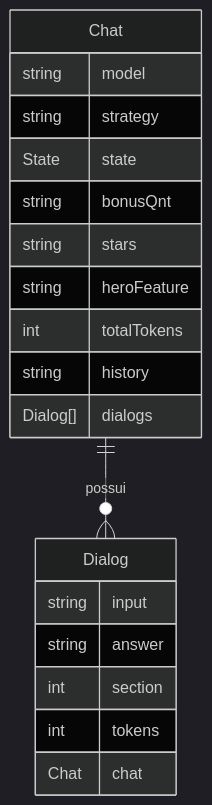
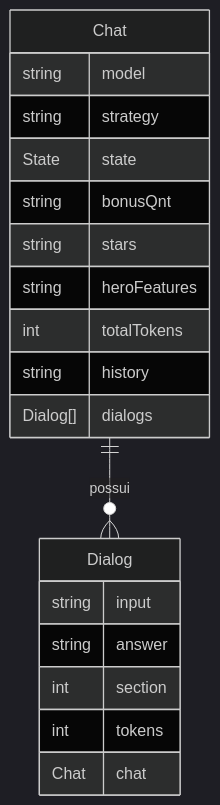
One commit to caio-bernardo/Blabinha-API changed the diagram in README.md. Above: the diagram before and after it, drawn with Mermaid (dark theme). The commit also changed 5 other files, not shown here.

````diff
--- a/README.md
+++ b/README.md
@@ -150,22 +150,22 @@
 ```mermaid
 erDiagram
    Chat ||--o{ Dialog : possui
    Chat {
       string model
       string strategy
       State state
       string bonusQnt
       string stars
-      string heroFeature
+      string heroFeatures
       int totalTokens
       string history
       Dialog[] dialogs
    }
    Dialog {
       string input
       string answer
       int section
       int tokens
       Chat chat
    }
 ```
````
